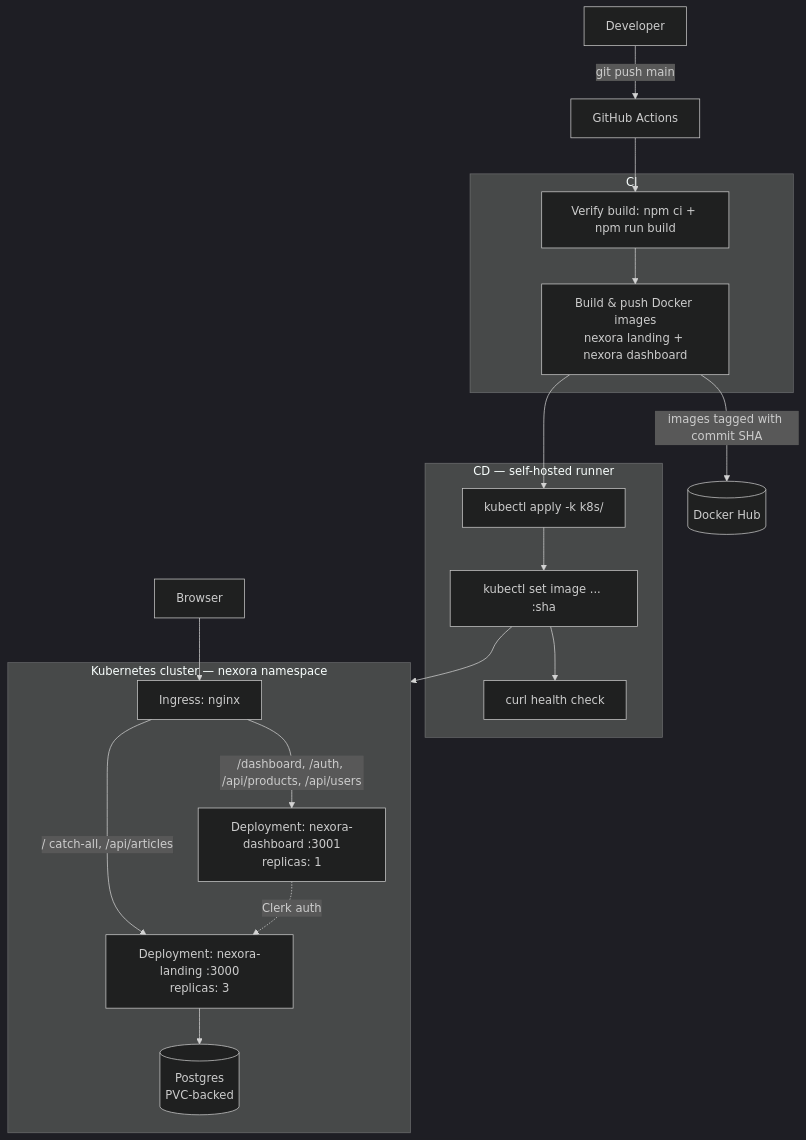
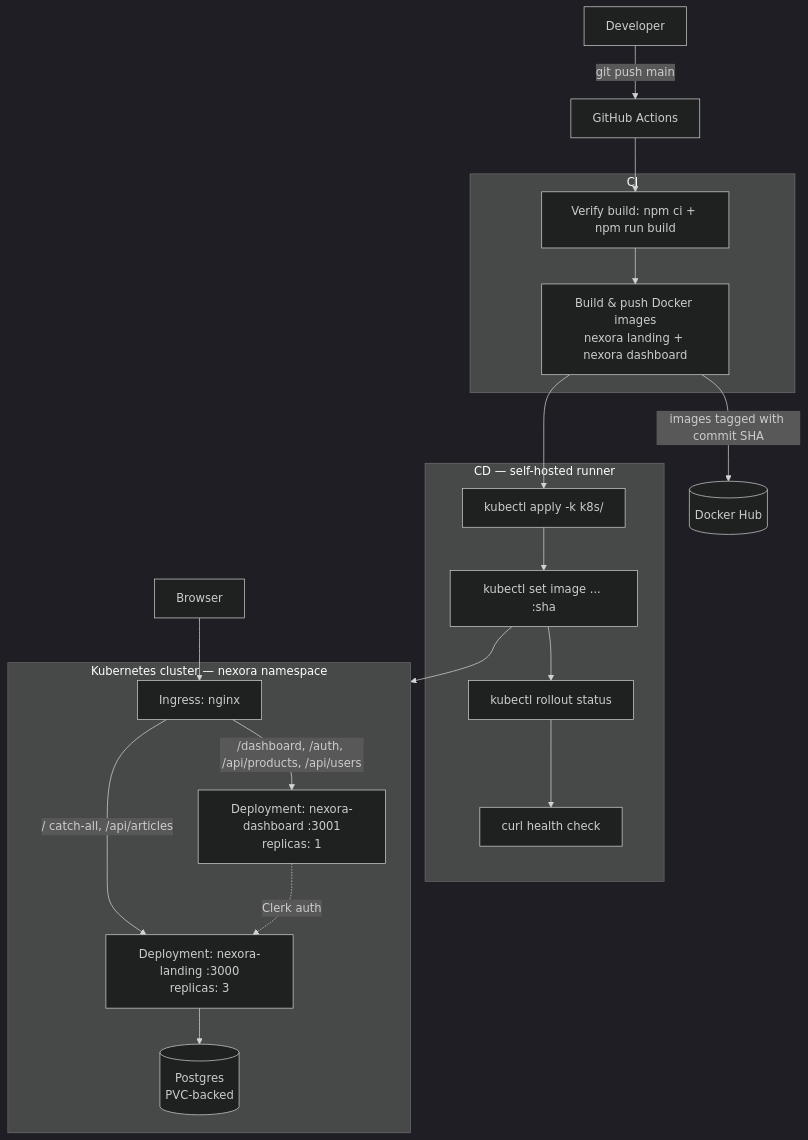
The diagram in README.md (Sliim-Bouzidi/Nexora), drawn with Mermaid (dark theme) before and after one commit. The commit also changed other lines of this file and 2 other files, not shown here.

Commit message:
Wait for rollout before health check; document rollout undo
The curl check could pass while new pods were crash-looping because the
old pods kept serving. kubectl rollout status now fails the deploy job
if the new pods never become ready.

````diff
--- a/README.md
+++ b/README.md
@@ -7,37 +7,38 @@
 ```mermaid
 flowchart TB
     Dev[Developer] -->|git push main| GH[GitHub Actions]
 
     subgraph CI["CI"]
         Verify[Verify build: npm ci + npm run build]
         Build[Build & push Docker images\nnexora landing + nexora dashboard]
         Verify --> Build
     end
 
     GH --> Verify
     Build -->|images tagged with commit SHA| Hub[(Docker Hub)]
 
     subgraph CD["CD — self-hosted runner"]
         Apply[kubectl apply -k k8s/]
         RollOut[kubectl set image ... :sha]
+        Wait[kubectl rollout status]
         Health[curl health check]
-        Apply --> RollOut --> Health
+        Apply --> RollOut --> Wait --> Health
     end
 
     Build --> Apply
 
     subgraph Cluster["Kubernetes cluster — nexora namespace"]
         Ingress[Ingress: nginx]
         Landing[Deployment: nexora-landing :3000\nreplicas: 3]
         Dashboard[Deployment: nexora-dashboard :3001\nreplicas: 1]
         DB[(Postgres\nPVC-backed)]
 
         Ingress -->|/ catch-all, /api/articles| Landing
         Ingress -->|/dashboard, /auth, /api/products, /api/users| Dashboard
         Landing --> DB
         Dashboard -.Clerk auth.-> Landing
     end
 
     RollOut --> Cluster
     User[Browser] --> Ingress
 ```
````
